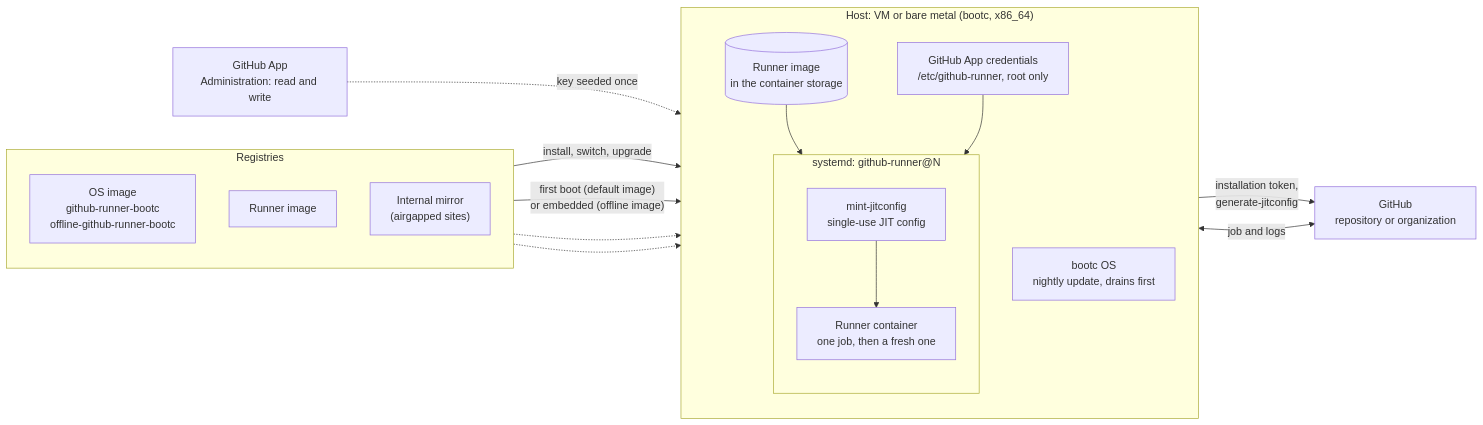
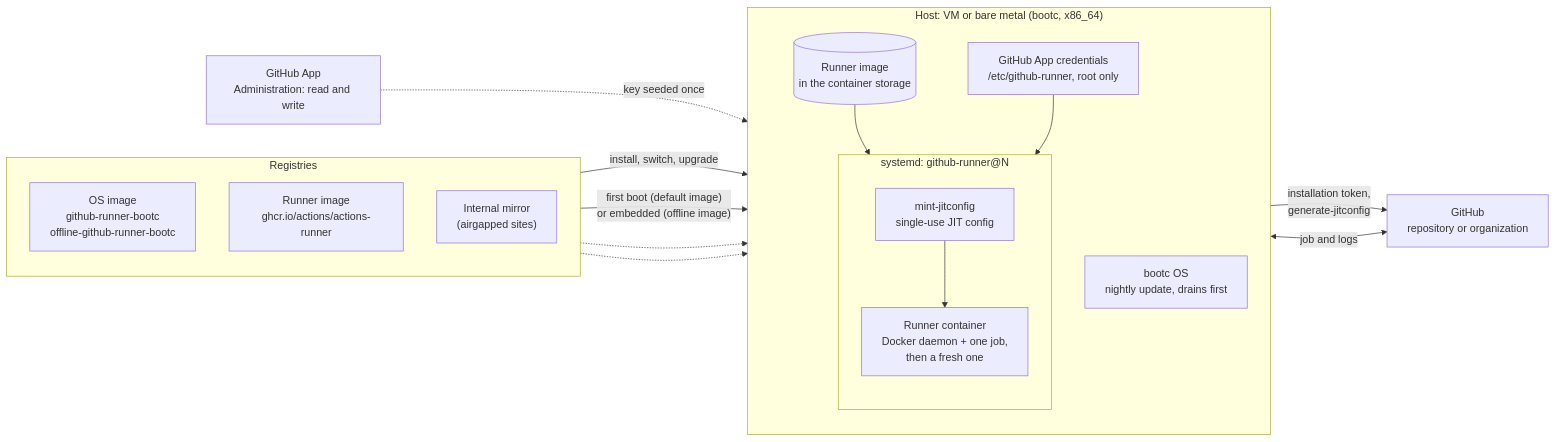
The first of 2 diagrams in docs/architecture.md (cthtrifork/github-runner-bootc), drawn with Mermaid before and after one commit. The commit also changed other lines of this file and 2 other files, not shown here.

Commit message:
docs: fix statements in architecture, testing and publishing-setup that no longer match

````diff
--- a/docs/architecture.md
+++ b/docs/architecture.md
@@ -3,35 +3,35 @@
 ```mermaid
 flowchart LR
     subgraph REG["Registries"]
         direction TB
         OS["OS image<br/>github-runner-bootc<br/>offline-github-runner-bootc"]
-        RUN["Runner image"]
+        RUN["Runner image<br/>ghcr.io/actions/actions-runner"]
         MIRROR["Internal mirror<br/>(airgapped sites)"]
     end
 
     subgraph HOST["Host: VM or bare metal (bootc, x86_64)"]
         direction TB
         BOOTC["bootc OS<br/>nightly update, drains first"]
         STORE[("Runner image<br/>in the container storage")]
         subgraph UNITS["systemd: github-runner@N"]
             direction TB
             MINT["mint-jitconfig<br/>single-use JIT config"]
-            CTR["Runner container<br/>one job, then a fresh one"]
+            CTR["Runner container<br/>Docker daemon + one job,<br/>then a fresh one"]
             MINT --> CTR
         end
         SEED["GitHub App credentials<br/>/etc/github-runner, root only"]
         STORE --> CTR
         SEED --> MINT
     end
 
     GH["GitHub<br/>repository or organization"]
     APP["GitHub App<br/>Administration: read and write"]
 
     OS -- "install, switch, upgrade" --> BOOTC
     RUN -- "first boot (default image)<br/>or embedded (offline image)" --> STORE
     MIRROR -.-> BOOTC
     MIRROR -.-> STORE
     APP -. "key seeded once" .-> SEED
     MINT -- "installation token,<br/>generate-jitconfig" --> GH
     CTR <-- "job and logs" --> GH
 ```
````
